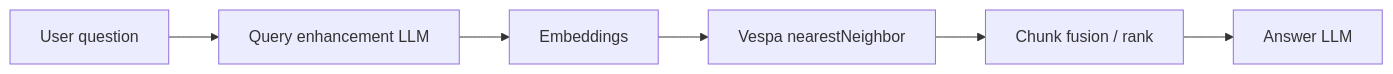
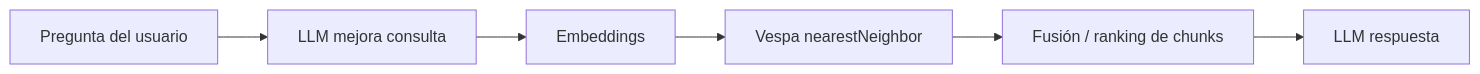
Before and after one commit to 13g4d0/docu-es: the first of 3 diagrams in docs/as-built/identiarag-software.md, drawn with Mermaid. The commit also changed other lines of this file and 38 other files, not shown here.

````diff
--- a/docs/as-built/identiarag-software.md
+++ b/docs/as-built/identiarag-software.md
@@ -11,15 +11,15 @@
 ```mermaid
 flowchart LR
-  Q[User question]
-  QE[Query enhancement LLM]
+  Q[Pregunta del usuario]
+  QE[LLM mejora consulta]
   E[Embeddings]
   V[Vespa nearestNeighbor]
-  F[Chunk fusion / rank]
-  A[Answer LLM]
+  F[Fusión / ranking de chunks]
+  A[LLM respuesta]
 
   Q --> QE
   QE --> E
   E --> V
   V --> F
   F --> A
 ```
````
